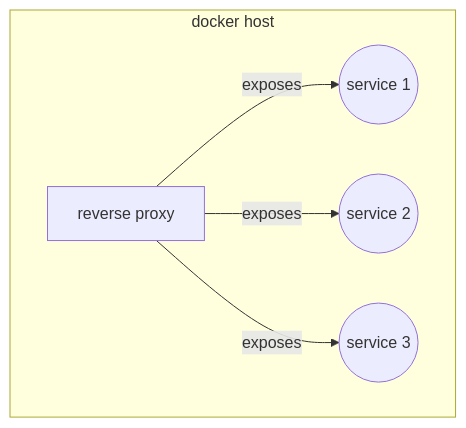
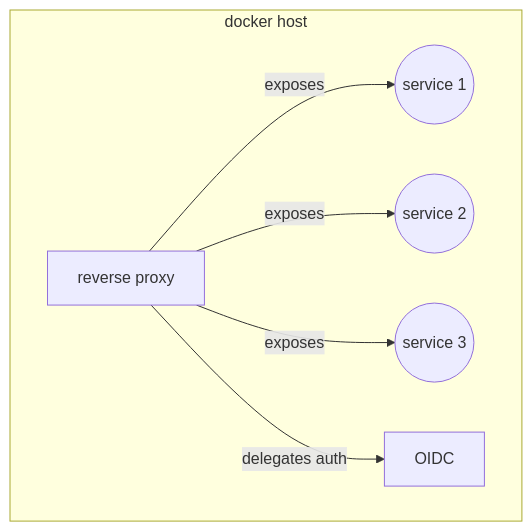
Before and after one commit to carnivuth/labcraft: the fourth of 4 diagrams in readme.md, drawn with Mermaid. The commit also changed other lines of this file, not shown here.

````diff
--- a/readme.md
+++ b/readme.md
@@ -124,10 +98,12 @@
 ```mermaid
 flowchart TD
 subgraph docker host
 A((service 1))
 B((service 2))
 C((service 3))
 D[reverse proxy]
+E[OIDC]
 end
 D --exposes--> A & B & C
+D -- delegates auth --> E
 ```
````
